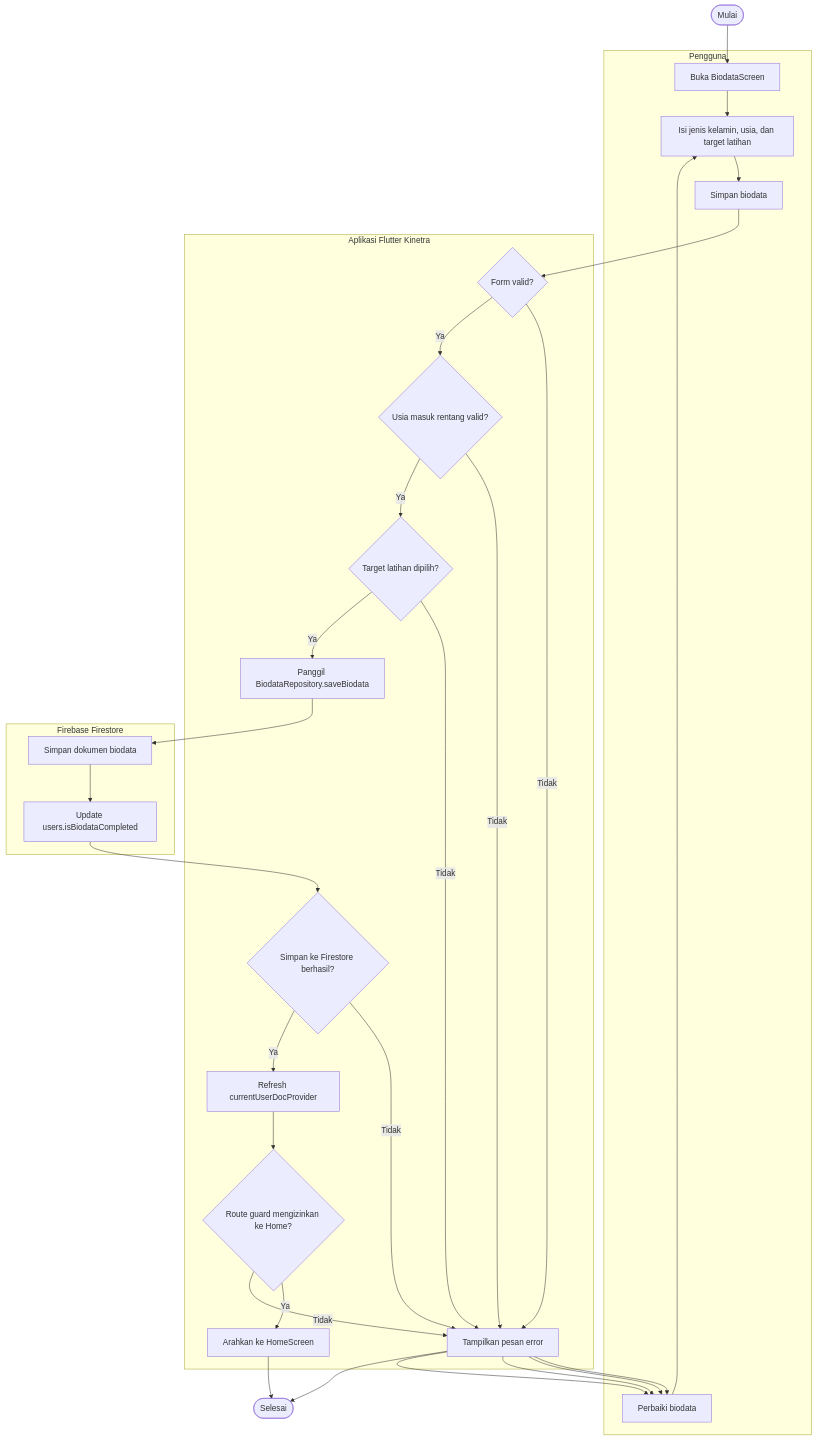
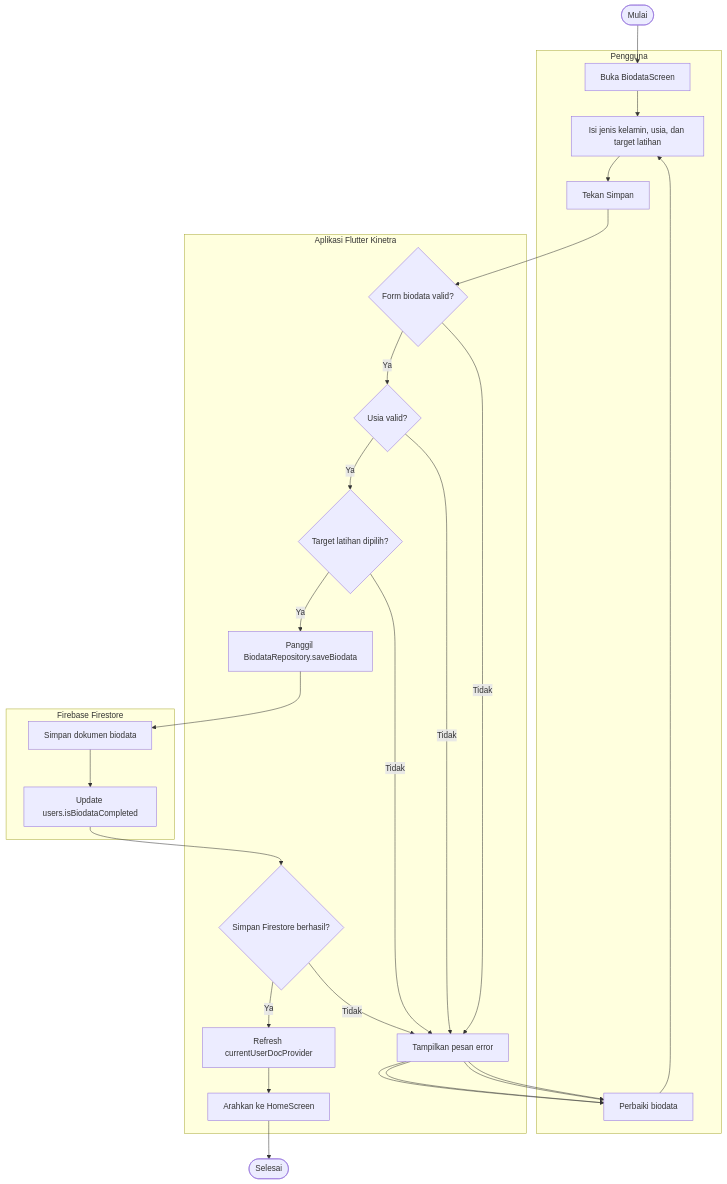
Before and after one commit to arifrachmatdx/Kinetra: the fifth of 24 diagrams in docs/uml.md, drawn with Mermaid. The commit also changed other lines of this file and 1 other file, not shown here.

Commit message:
docs: align UML diagrams with requested use cases

````diff
--- a/docs/uml.md
+++ b/docs/uml.md
@@ -174,37 +189,34 @@
 ```mermaid
 flowchart TD
     Start([Mulai])
     subgraph User["Pengguna"]
         OpenBiodata[Buka BiodataScreen]
         FillBiodata[Isi jenis kelamin, usia, dan target latihan]
-        SubmitBiodata[Simpan biodata]
+        SubmitBiodata[Tekan Simpan]
         FixBiodata[Perbaiki biodata]
     end
     subgraph App["Aplikasi Flutter Kinetra"]
-        ValidateBiodata{Form valid?}
-        AgeValid{Usia masuk rentang valid?}
+        ValidateBiodata{Form biodata valid?}
+        AgeValid{Usia valid?}
         TargetSelected{Target latihan dipilih?}
         CallSave[Panggil BiodataRepository.saveBiodata]
-        SaveSuccess{Simpan ke Firestore berhasil?}
+        SaveSuccess{Simpan Firestore berhasil?}
         RefreshUserDoc[Refresh currentUserDocProvider]
-        RouteAllowed{Route guard mengizinkan ke Home?}
         GoHome[Arahkan ke HomeScreen]
         ShowError[Tampilkan pesan error]
     end
     subgraph DB["Firebase Firestore"]
         WriteBiodata[Simpan dokumen biodata]
         UpdateUser[Update users.isBiodataCompleted]
     end
 
     Start --> OpenBiodata --> FillBiodata --> SubmitBiodata --> ValidateBiodata
     ValidateBiodata -->|Tidak| ShowError --> FixBiodata --> FillBiodata
     ValidateBiodata -->|Ya| AgeValid
     AgeValid -->|Tidak| ShowError --> FixBiodata
     AgeValid -->|Ya| TargetSelected
     TargetSelected -->|Tidak| ShowError --> FixBiodata
     TargetSelected -->|Ya| CallSave --> WriteBiodata --> UpdateUser --> SaveSuccess
     SaveSuccess -->|Tidak| ShowError --> FixBiodata
-    SaveSuccess -->|Ya| RefreshUserDoc --> RouteAllowed
-    RouteAllowed -->|Ya| GoHome --> End([Selesai])
-    RouteAllowed -->|Tidak| ShowError --> End
+    SaveSuccess -->|Ya| RefreshUserDoc --> GoHome --> End([Selesai])
 ```
````
